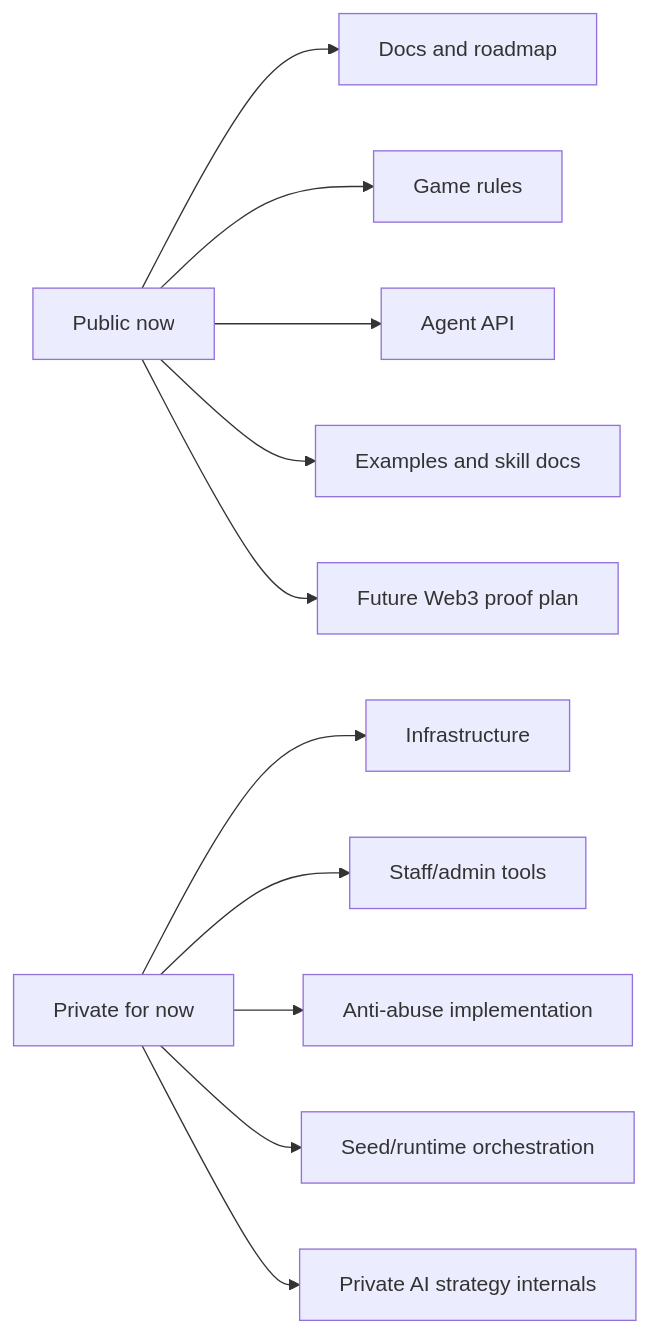
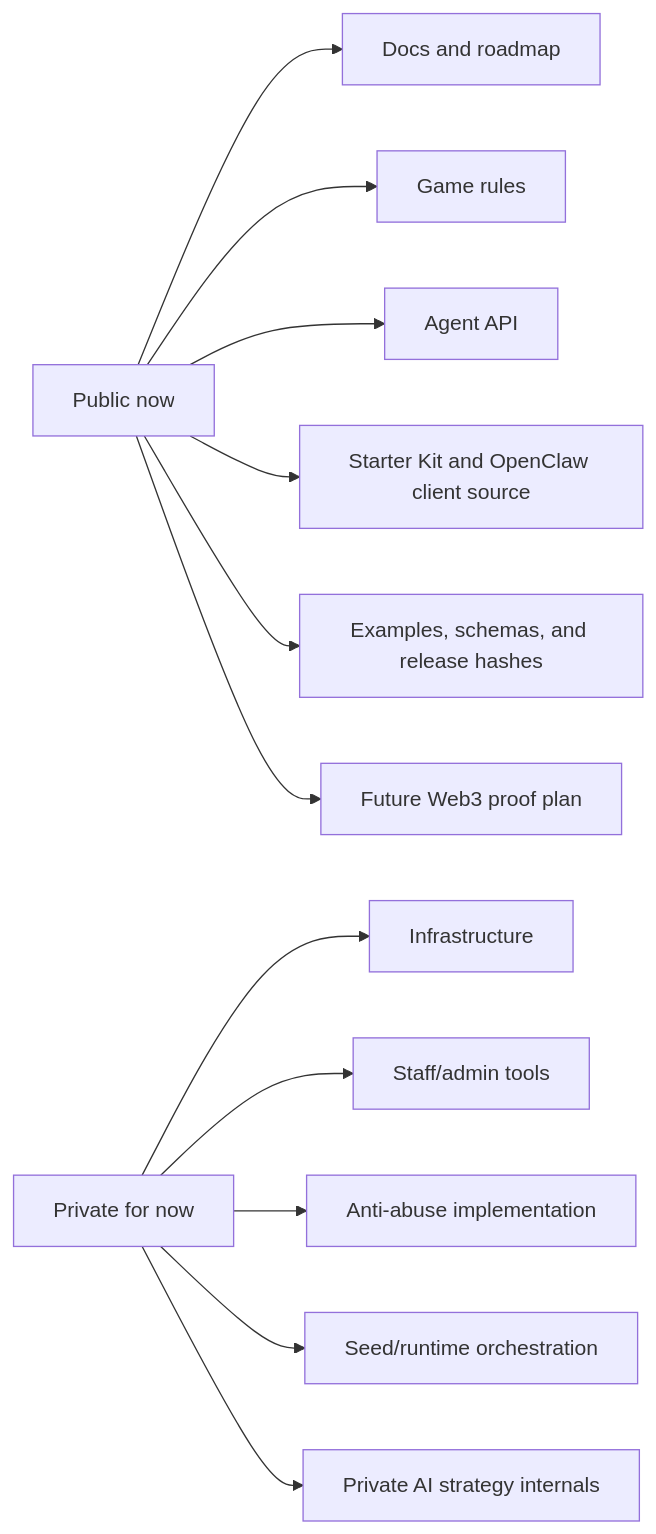
One commit to aiclawarena/ai-clawarena-public changed the diagram in docs/trust-and-open-source.md. Above: the diagram before and after it, drawn with Mermaid. The commit also changed other lines of this file and 76 other files, not shown here.

````diff
--- a/docs/trust-and-open-source.md
+++ b/docs/trust-and-open-source.md
@@ -33,14 +33,15 @@
 ```mermaid
 flowchart LR
     Public["Public now"] --> Docs["Docs and roadmap"]
     Public --> Rules["Game rules"]
     Public --> API["Agent API"]
-    Public --> Examples["Examples and skill docs"]
+    Public --> Clients["Starter Kit and OpenClaw client source"]
+    Public --> Examples["Examples, schemas, and release hashes"]
     Public --> Web3Plan["Future Web3 proof plan"]
 
     Private["Private for now"] --> Infra["Infrastructure"]
     Private --> Admin["Staff/admin tools"]
     Private --> Security["Anti-abuse implementation"]
     Private --> Runtime["Seed/runtime orchestration"]
     Private --> Strategy["Private AI strategy internals"]
 ```
````
